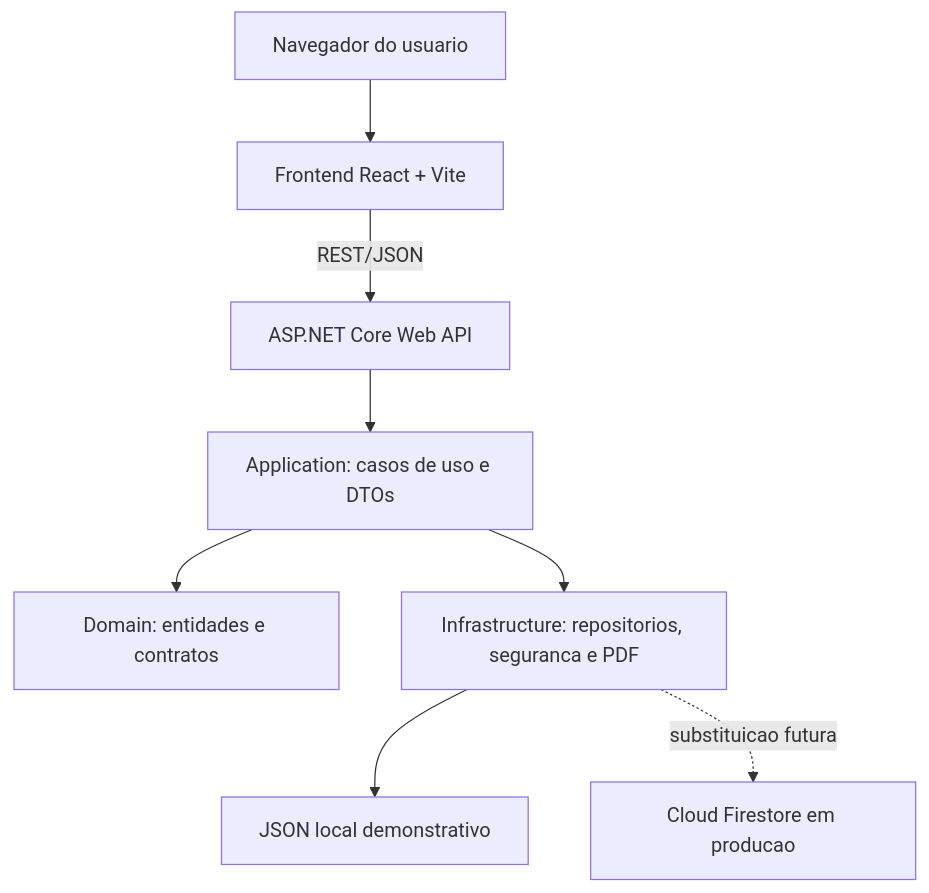
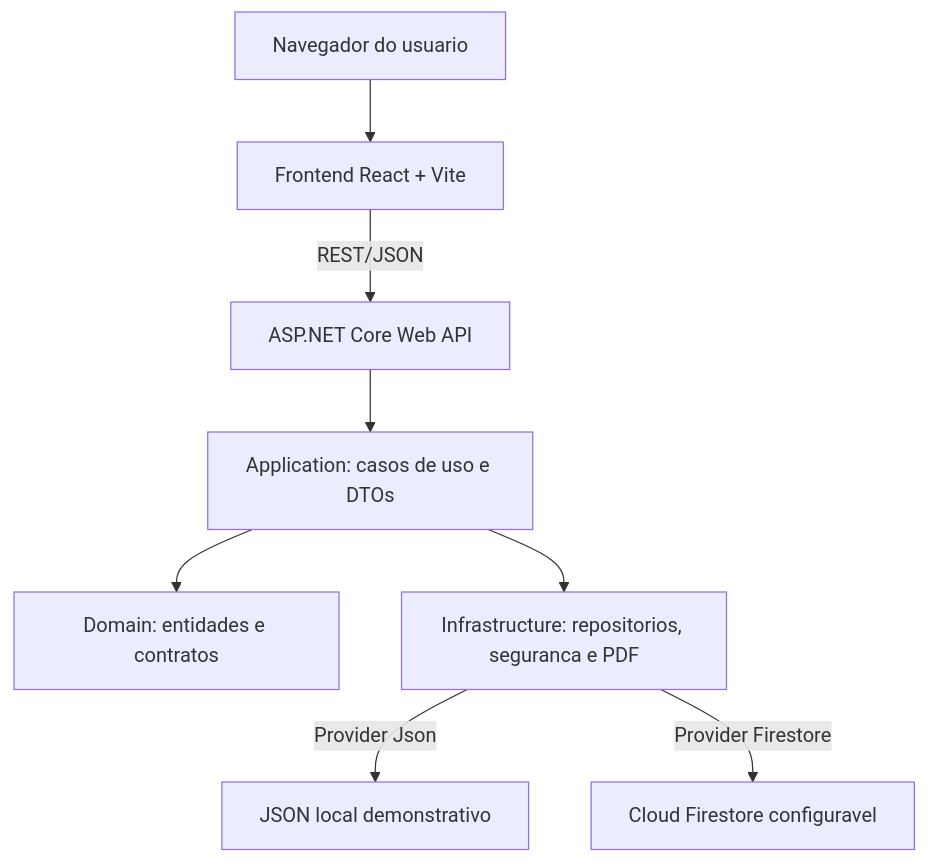
The diagram in diario_emocional_inteligente_codigo_base/docs/diagramas/arquitetura.mmd (ViniciusNitzke/TCC_Diario_Emocional), drawn with Mermaid before and after one commit. The commit also changed 14 other files, not shown here.

```diff
--- a/diario_emocional_inteligente_codigo_base/docs/diagramas/arquitetura.mmd
+++ b/diario_emocional_inteligente_codigo_base/docs/diagramas/arquitetura.mmd
@@ -1,17 +1,17 @@
 flowchart TB
     Browser["Navegador do usuario"]
     React["Frontend React + Vite"]
     Api["ASP.NET Core Web API"]
     AppLayer["Application: casos de uso e DTOs"]
     Domain["Domain: entidades e contratos"]
     Infra["Infrastructure: repositorios, seguranca e PDF"]
     Json["JSON local demonstrativo"]
-    Firestore["Cloud Firestore em producao"]
+    Firestore["Cloud Firestore configuravel"]
 
     Browser --> React
     React -->|"REST/JSON"| Api
     Api --> AppLayer
     AppLayer --> Domain
     AppLayer --> Infra
-    Infra --> Json
-    Infra -. substituicao futura .-> Firestore
+    Infra -->|"Provider Json"| Json
+    Infra -->|"Provider Firestore"| Firestore
```
